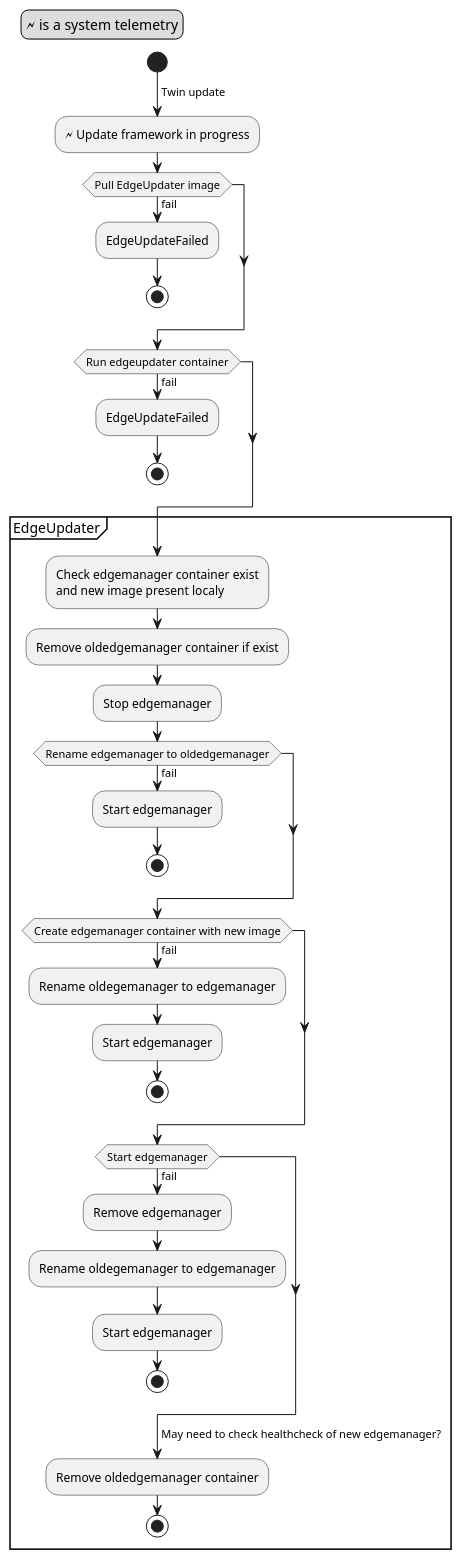
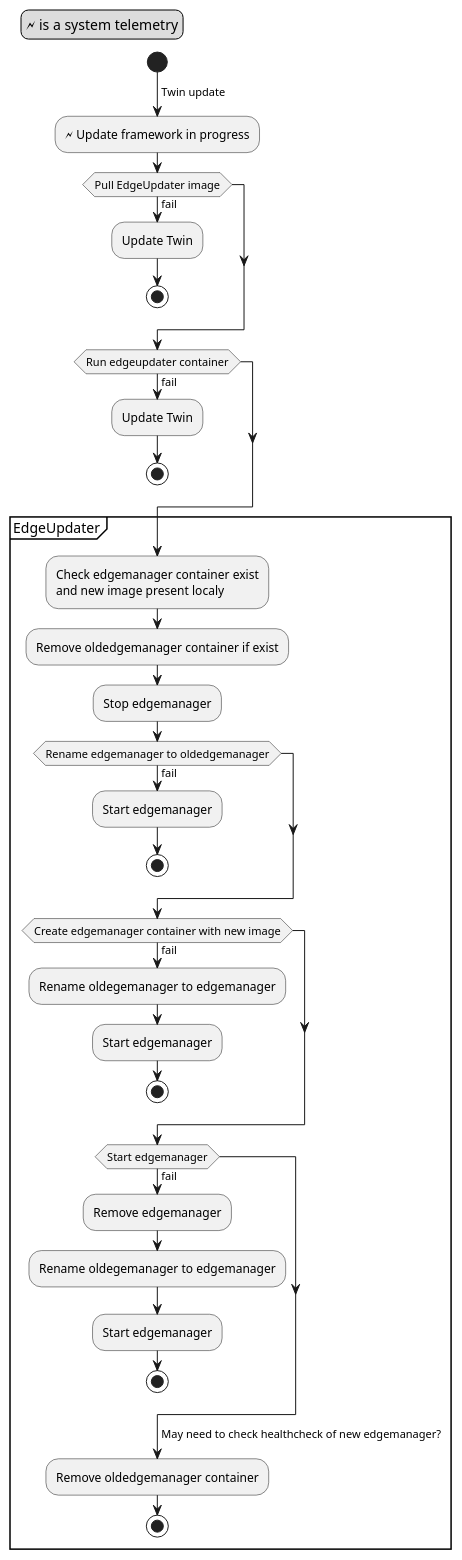
The diagram in UseCases/Update-framework/Update-framework.activity.puml (se-edge/framework-diagrams), drawn with PlantUML before and after one commit.

Commit message:
Update Update-framework.activity.puml
update state to activity

```diff
--- a/UseCases/Update-framework/Update-framework.activity.puml
+++ b/UseCases/Update-framework/Update-framework.activity.puml
@@ -1,42 +1,42 @@
 @startuml
 legend top left
 🗲 is a system telemetry
 endlegend
 
 start
 -> Twin update;
 :🗲 Update framework in progress;
 if (Pull EdgeUpdater image) then (fail)
-    :EdgeUpdateFailed;
+    :Update Twin;
     stop
 endif
 if (Run edgeupdater container) then (fail)
-    :EdgeUpdateFailed;
+    :Update Twin;
     stop
 endif
 
 partition EdgeUpdater {
     :Check edgemanager container exist
     and new image present localy;
     :Remove oldedgemanager container if exist;
     :Stop edgemanager;
     if (Rename edgemanager to oldedgemanager) then (fail)
         :Start edgemanager;
         stop
     endif
     if (Create edgemanager container with new image) then (fail)
         :Rename oldegemanager to edgemanager;
         :Start edgemanager;
         stop
     endif
     if (Start edgemanager) then (fail)
         :Remove edgemanager;
         :Rename oldegemanager to edgemanager;
         :Start edgemanager;
         stop
     endif
     ->May need to check healthcheck of new edgemanager?;
     :Remove oldedgemanager container;
     stop
 }
 @enduml
```
